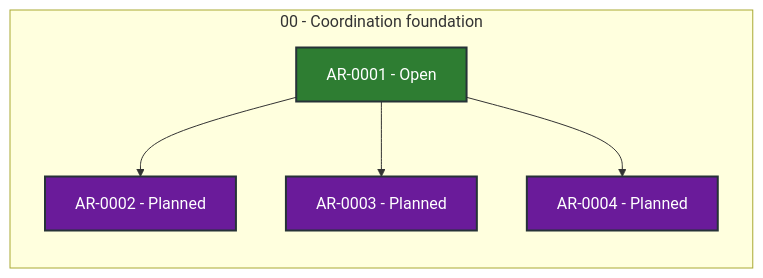
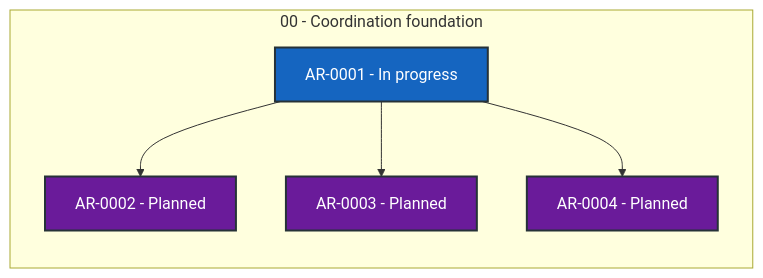
One commit to martin-beck/agent-workflow-guidance-state changed the diagram in STATUS.md. Above: the diagram before and after it, drawn with Mermaid. The commit also changed other lines of this file and 2 other files, not shown here.

````diff
--- a/STATUS.md
+++ b/STATUS.md
@@ -27,21 +27,21 @@
 ```mermaid
 flowchart LR
     subgraph series_00["00 - Coordination foundation"]
         direction TB
-        AR_0001["AR-0001 - Open"]:::status_open
+        AR_0001["AR-0001 - In progress"]:::status_in_progress
         AR_0002["AR-0002 - Planned"]:::status_planned
         AR_0003["AR-0003 - Planned"]:::status_planned
         AR_0004["AR-0004 - Planned"]:::status_planned
     end
     AR_0001 --> AR_0002
     AR_0001 --> AR_0003
     AR_0001 --> AR_0004
     classDef status_in_progress fill:#1565c0,color:#ffffff,stroke:#263238,stroke-width:2px
     classDef status_open fill:#2e7d32,color:#ffffff,stroke:#263238,stroke-width:2px
     classDef status_blocked fill:#c62828,color:#ffffff,stroke:#263238,stroke-width:2px
     classDef status_planned fill:#6a1b9a,color:#ffffff,stroke:#263238,stroke-width:2px
     classDef status_future fill:#455a64,color:#ffffff,stroke:#263238,stroke-width:2px
     classDef status_done fill:#00695c,color:#ffffff,stroke:#263238,stroke-width:2px
     classDef status_cancelled fill:#616161,color:#ffffff,stroke:#263238,stroke-width:2px
     classDef status_superseded fill:#5d4037,color:#ffffff,stroke:#263238,stroke-width:2px
 ```
````
